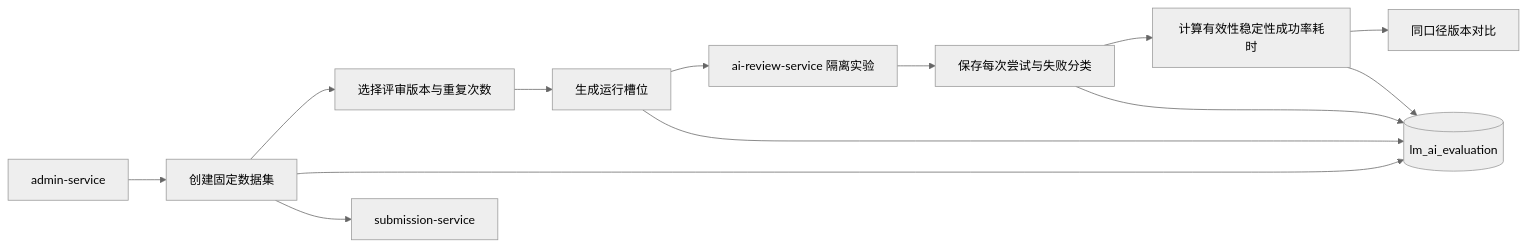
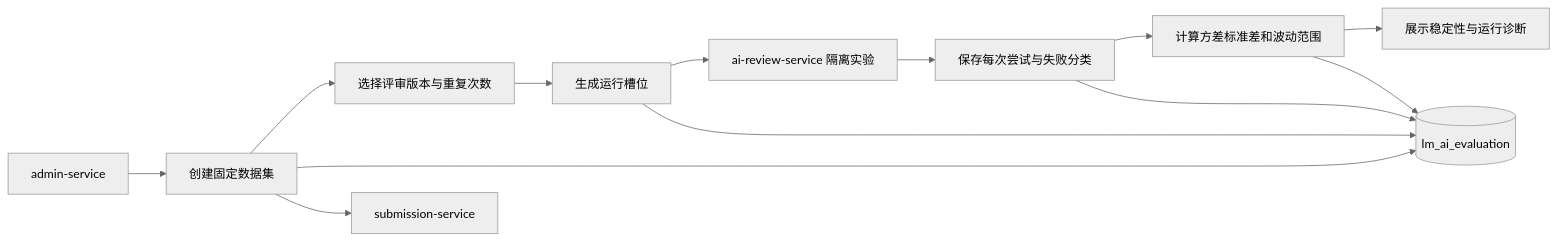
The diagram in docs/project/03-微服务设计/ai-evaluation-service/README.md (Dorian7Alden/LeetModel), drawn with Mermaid (neutral theme) before and after one commit. The commit also changed other lines of this file and 30 other files, not shown here.

````diff
--- a/docs/project/03-微服务设计/ai-evaluation-service/README.md
+++ b/docs/project/03-微服务设计/ai-evaluation-service/README.md
@@ -9,16 +9,16 @@
 ```mermaid
 flowchart LR
     A[admin-service] --> B[创建固定数据集]
     B --> C[选择评审版本与重复次数]
     C --> D[生成运行槽位]
     D --> E[ai-review-service 隔离实验]
     E --> F[保存每次尝试与失败分类]
-    F --> G[计算有效性稳定性成功率耗时]
-    G --> H[同口径版本对比]
+    F --> G[计算方差标准差和波动范围]
+    G --> H[展示稳定性与运行诊断]
 
     B --> I[(lm_ai_evaluation)]
     D --> I
     F --> I
     G --> I
     B --> J[submission-service]
 ```
````
